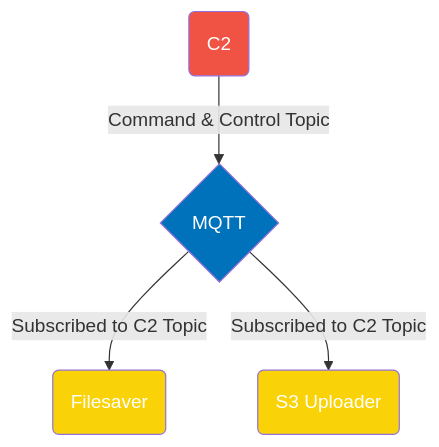
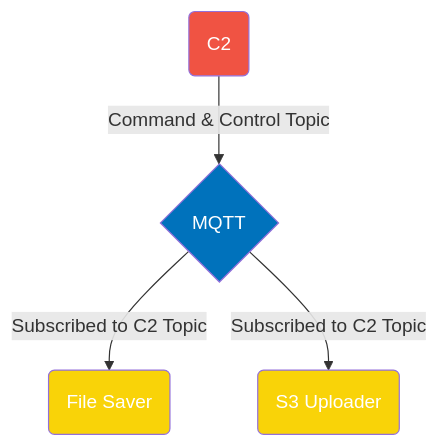
One commit to IQTLabs/edgetech-c2 changed the diagram in README.md. Above: the diagram before and after it, drawn with Mermaid. The commit also changed other lines of this file and 5 other files, not shown here.

````diff
--- a/README.md
+++ b/README.md
@@ -74,13 +74,13 @@
 ```mermaid 
 
 flowchart TD
     c2(C2) -- Command & Control Topic --> mqtt{MQTT}
-    mqtt{MQTT} -- Subscribed to C2 Topic --> filesaver(Filesaver)
+    mqtt{MQTT} -- Subscribed to C2 Topic --> filesaver(File Saver)
     mqtt{MQTT} -- Subscribed to C2 Topic --> s3uploader(S3 Uploader)
 
 style mqtt fill:#0072bc,color:#ffffff
 style s3uploader fill:#F9D308,color:#ffffff
 style filesaver fill:#F9D308,color:#ffffff
 style c2 fill:#f05343,color:#ffffff
 
 ```
````
